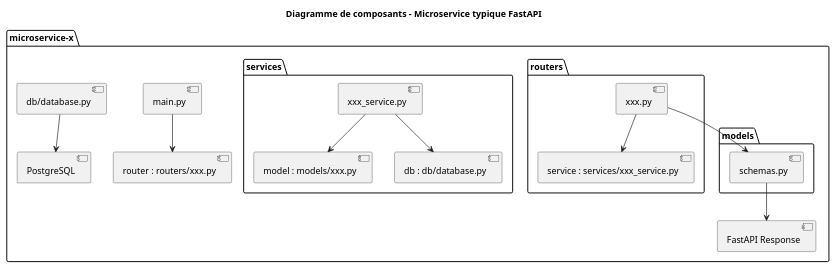
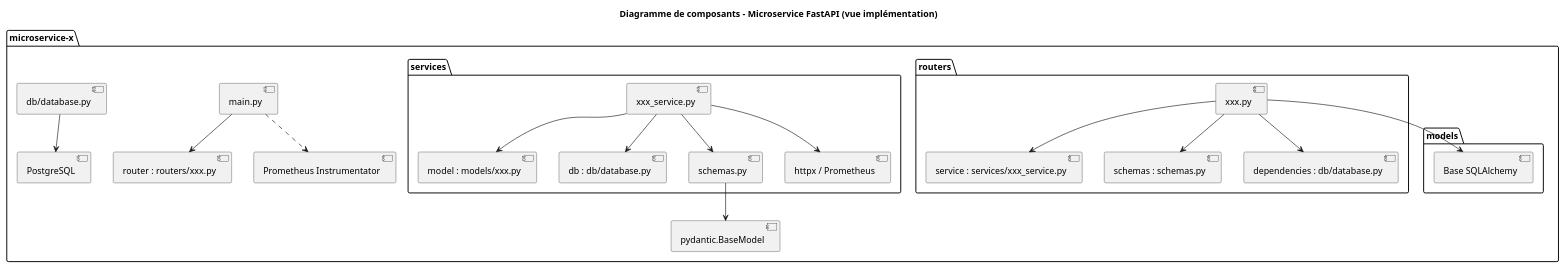
The diagram in docs/LAB6/UML/diagramme_implementation/composantview.puml (EnissayG/laboratoire-0-log430-YassineGraitaa), drawn with PlantUML before and after one commit. The commit also changed 40 other files, not shown here.

```diff
--- a/docs/LAB6/UML/diagramme_implementation/composantview.puml
+++ b/docs/LAB6/UML/diagramme_implementation/composantview.puml
@@ -1,24 +1,31 @@
 @startuml
-title Diagramme de composants – Microservice typique FastAPI
+title Diagramme de composants – Microservice FastAPI (vue implémentation)
 
 package "microservice-x" {
+
   [main.py] --> [router : routers/xxx.py]
 
   package "routers" {
     [xxx.py] --> [service : services/xxx_service.py]
+    [xxx.py] --> [schemas : schemas.py]
+    [xxx.py] --> [dependencies : db/database.py]
   }
 
   package "services" {
     [xxx_service.py] --> [model : models/xxx.py]
     [xxx_service.py] --> [db : db/database.py]
+    [xxx_service.py] --> [schemas.py]
+    [xxx_service.py] --> [httpx / Prometheus]
   }
 
   package "models" {
-    [xxx.py] --> [schemas.py]
+    [xxx.py] --> [Base SQLAlchemy]
   }
 
-  [schemas.py] --> [FastAPI Response]
+  [schemas.py] --> [pydantic.BaseModel]
   [db/database.py] --> [PostgreSQL]
+
+  [main.py] ..> [Prometheus Instrumentator]
 }
 
 @enduml
```
